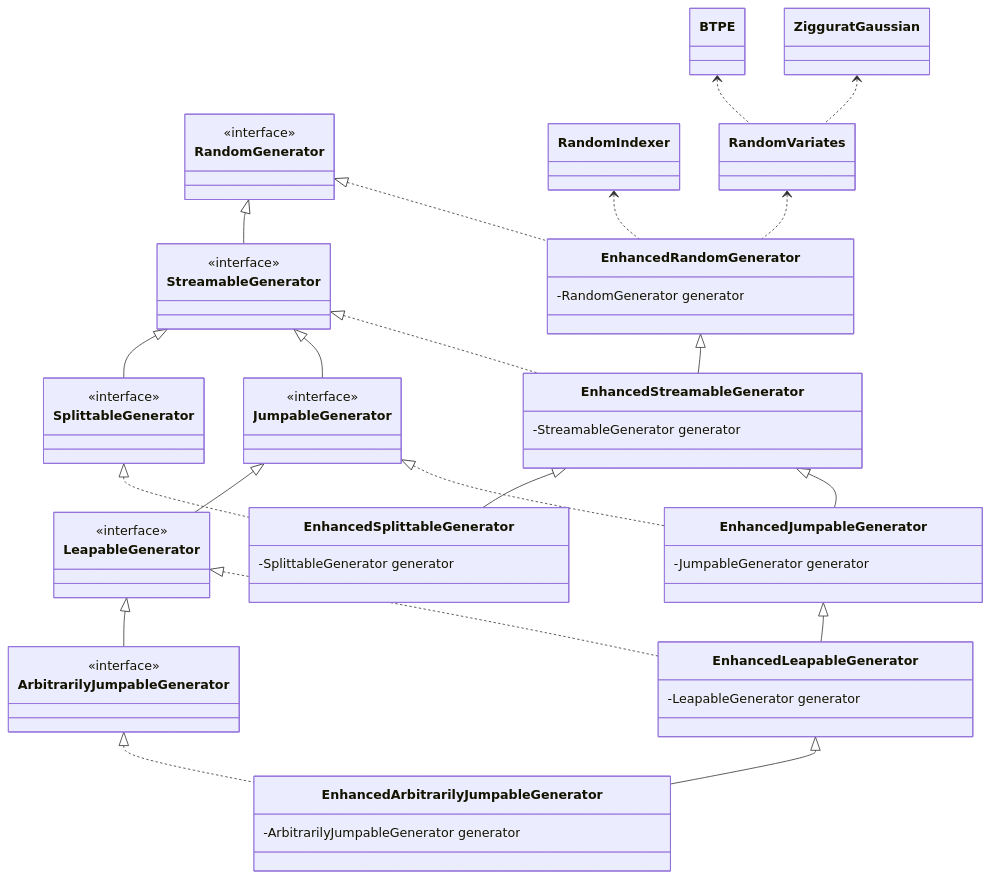
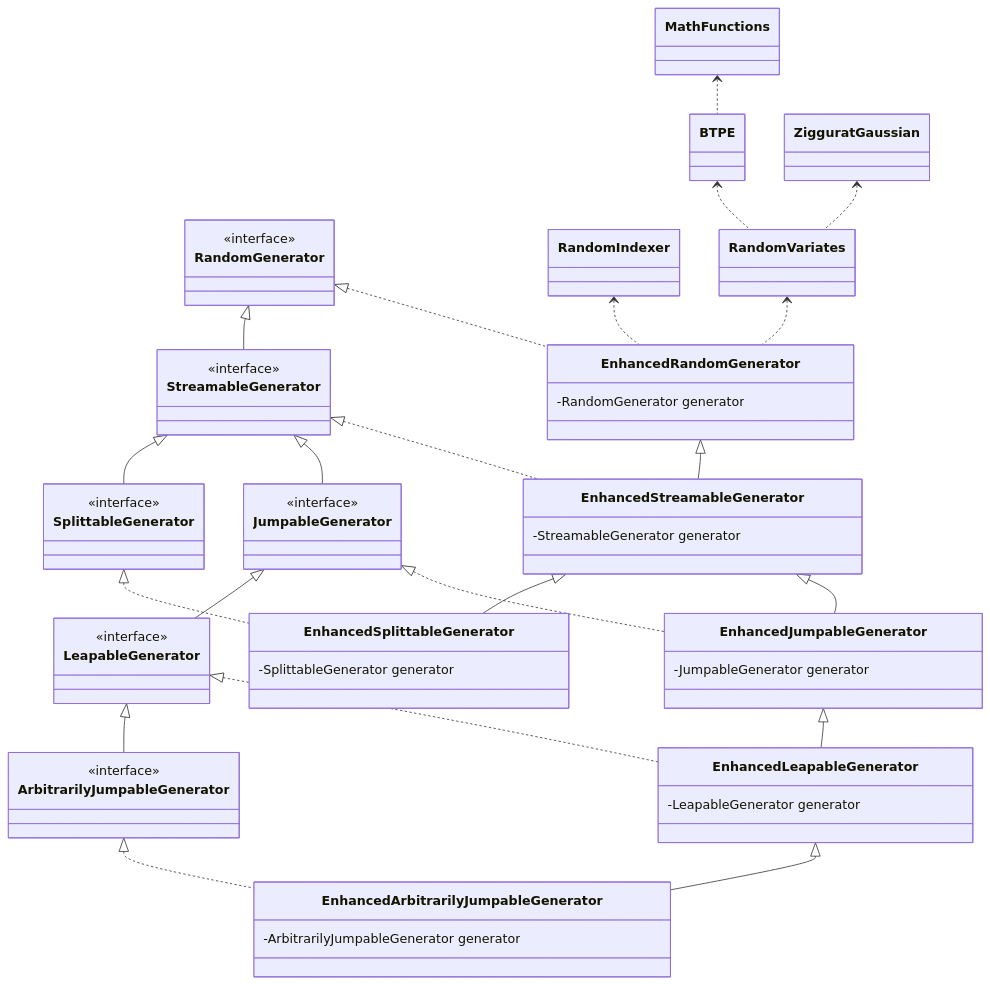
Before and after one commit to cicirello/rho-mu: the diagram in README.md, drawn with Mermaid.

````diff
--- a/README.md
+++ b/README.md
@@ -46,67 +46,70 @@
 ```mermaid
 classDiagram
   class RandomGenerator
   <<interface>> RandomGenerator
   class StreamableGenerator
   <<interface>> StreamableGenerator
   RandomGenerator <|-- StreamableGenerator
   class SplittableGenerator
   <<interface>> SplittableGenerator
   StreamableGenerator <|-- SplittableGenerator
   class JumpableGenerator
   <<interface>> JumpableGenerator
   StreamableGenerator <|-- JumpableGenerator
   class LeapableGenerator
   <<interface>> LeapableGenerator
   JumpableGenerator <|-- LeapableGenerator
   class ArbitrarilyJumpableGenerator
   <<interface>> ArbitrarilyJumpableGenerator
   LeapableGenerator <|-- ArbitrarilyJumpableGenerator
   class EnhancedRandomGenerator
   RandomGenerator <|.. EnhancedRandomGenerator
   class RandomIndexer
   RandomIndexer <.. EnhancedRandomGenerator
   class RandomVariates
   RandomVariates <.. EnhancedRandomGenerator
   EnhancedRandomGenerator : -RandomGenerator generator
   class BTPE
   BTPE <.. RandomVariates
   class ZigguratGaussian
   ZigguratGaussian <.. RandomVariates
+  class MathFunctions
+  MathFunctions <.. BTPE
   class EnhancedStreamableGenerator
   EnhancedRandomGenerator <|-- EnhancedStreamableGenerator
   StreamableGenerator <|.. EnhancedStreamableGenerator
   EnhancedStreamableGenerator : -StreamableGenerator generator
   class EnhancedSplittableGenerator
   EnhancedStreamableGenerator <|-- EnhancedSplittableGenerator
   SplittableGenerator <|.. EnhancedSplittableGenerator
   EnhancedSplittableGenerator : -SplittableGenerator generator
   class EnhancedJumpableGenerator
   EnhancedStreamableGenerator <|-- EnhancedJumpableGenerator
   JumpableGenerator <|.. EnhancedJumpableGenerator
   EnhancedJumpableGenerator : -JumpableGenerator generator
   class EnhancedLeapableGenerator
   EnhancedJumpableGenerator <|-- EnhancedLeapableGenerator
   LeapableGenerator <|.. EnhancedLeapableGenerator
   EnhancedLeapableGenerator : -LeapableGenerator generator
   class EnhancedArbitrarilyJumpableGenerator
   EnhancedLeapableGenerator <|-- EnhancedArbitrarilyJumpableGenerator
   ArbitrarilyJumpableGenerator <|.. EnhancedArbitrarilyJumpableGenerator
   EnhancedArbitrarilyJumpableGenerator : -ArbitrarilyJumpableGenerator generator
   link RandomIndexer "https://rho-mu.cicirello.org/api/org.cicirello.rho_mu/org/cicirello/math/rand/RandomIndexer.html"
   link RandomVariates "https://rho-mu.cicirello.org/api/org.cicirello.rho_mu/org/cicirello/math/rand/RandomVariates.html"
   link EnhancedRandomGenerator "https://rho-mu.cicirello.org/api/org.cicirello.rho_mu/org/cicirello/math/rand/EnhancedRandomGenerator.html"
   link EnhancedStreamableGenerator "https://rho-mu.cicirello.org/api/org.cicirello.rho_mu/org/cicirello/math/rand/EnhancedStreamableGenerator.html"
   link EnhancedSplittableGenerator "https://rho-mu.cicirello.org/api/org.cicirello.rho_mu/org/cicirello/math/rand/EnhancedSplittableGenerator.html"
   link EnhancedJumpableGenerator "https://rho-mu.cicirello.org/api/org.cicirello.rho_mu/org/cicirello/math/rand/EnhancedJumpableGenerator.html"
   link EnhancedLeapableGenerator "https://rho-mu.cicirello.org/api/org.cicirello.rho_mu/org/cicirello/math/rand/EnhancedLeapableGenerator.html"
   link EnhancedArbitrarilyJumpableGenerator "https://rho-mu.cicirello.org/api/org.cicirello.rho_mu/org/cicirello/math/rand/EnhancedArbitrarilyJumpableGenerator.html"
   link RandomGenerator "https://docs.oracle.com/en/java/javase/17/docs/api/java.base/java/util/random/RandomGenerator.html"
   link StreamableGenerator "https://docs.oracle.com/en/java/javase/17/docs/api/java.base/java/util/random/RandomGenerator.StreamableGenerator.html"
   link SplittableGenerator "https://docs.oracle.com/en/java/javase/17/docs/api/java.base/java/util/random/RandomGenerator.SplittableGenerator.html"
   link JumpableGenerator "https://docs.oracle.com/en/java/javase/17/docs/api/java.base/java/util/random/RandomGenerator.JumpableGenerator.html"
   link LeapableGenerator "https://docs.oracle.com/en/java/javase/17/docs/api/java.base/java/util/random/RandomGenerator.LeapableGenerator.html"
   link ArbitrarilyJumpableGenerator "https://docs.oracle.com/en/java/javase/17/docs/api/java.base/java/util/random/RandomGenerator.ArbitrarilyJumpableGenerator.html"
   link ZigguratGaussian "https://rho-mu.cicirello.org/api/org.cicirello.rho_mu/org/cicirello/math/rand/ZigguratGaussian.html"
   link BTPE "https://github.com/cicirello/rho-mu/blob/main/src/main/java/org/cicirello/math/rand/BTPE.java"
+  link MathFunctions "https://rho-mu.cicirello.org/api/org.cicirello.rho_mu/org/cicirello/math/MathFunctions.html"
 ```
````
